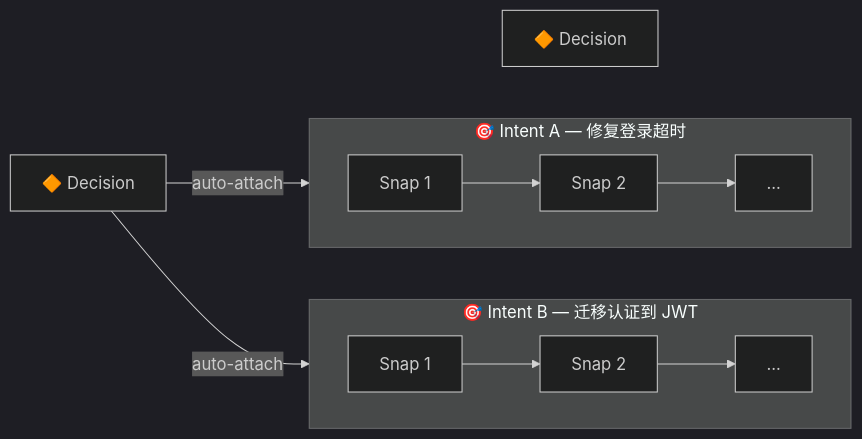
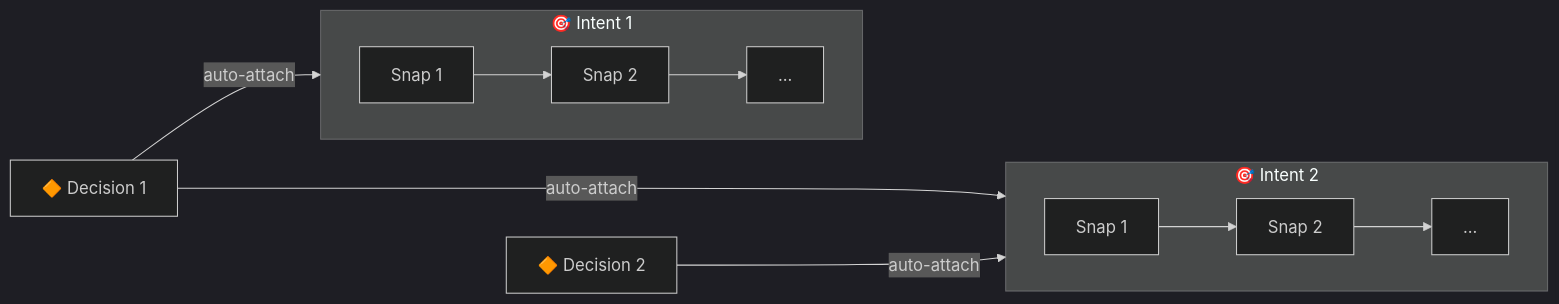
Before and after one commit to dozybot001/Intent: the second of 2 diagrams in README.CN.md, drawn with Mermaid (dark theme). The commit also changed 1 other file, not shown here.

Commit message:
Use numbered labels, D2 auto-attach to Intent 2

````diff
--- a/README.CN.md
+++ b/README.CN.md
@@ -56,19 +56,20 @@
 ```mermaid
 flowchart LR
-  D1["🔶 Decision"]
-  D2["🔶 Decision"]
+  D1["🔶 Decision 1"]
+  D2["🔶 Decision 2"]
   D1 ~~~ D2
 
-  subgraph IntentA["🎯 Intent A — 修复登录超时"]
+  subgraph Intent1["🎯 Intent 1"]
     direction LR
     S1["Snap 1"] --> S2["Snap 2"] --> S3["..."]
   end
 
-  subgraph IntentB["🎯 Intent B — 迁移认证到 JWT"]
+  subgraph Intent2["🎯 Intent 2"]
     direction LR
     S4["Snap 1"] --> S5["Snap 2"] --> S6["..."]
   end
 
-  D1 -- auto-attach --> IntentA
-  D1 -- auto-attach --> IntentB
+  D1 -- auto-attach --> Intent1
+  D1 -- auto-attach --> Intent2
+  D2 -- auto-attach --> Intent2
 ```
````
